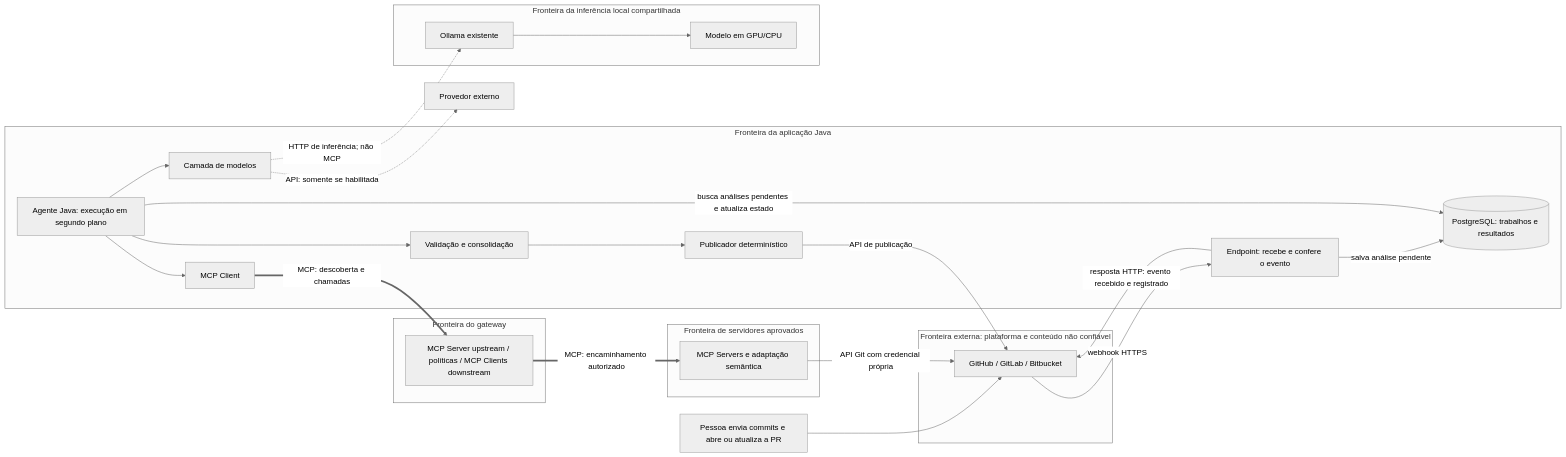
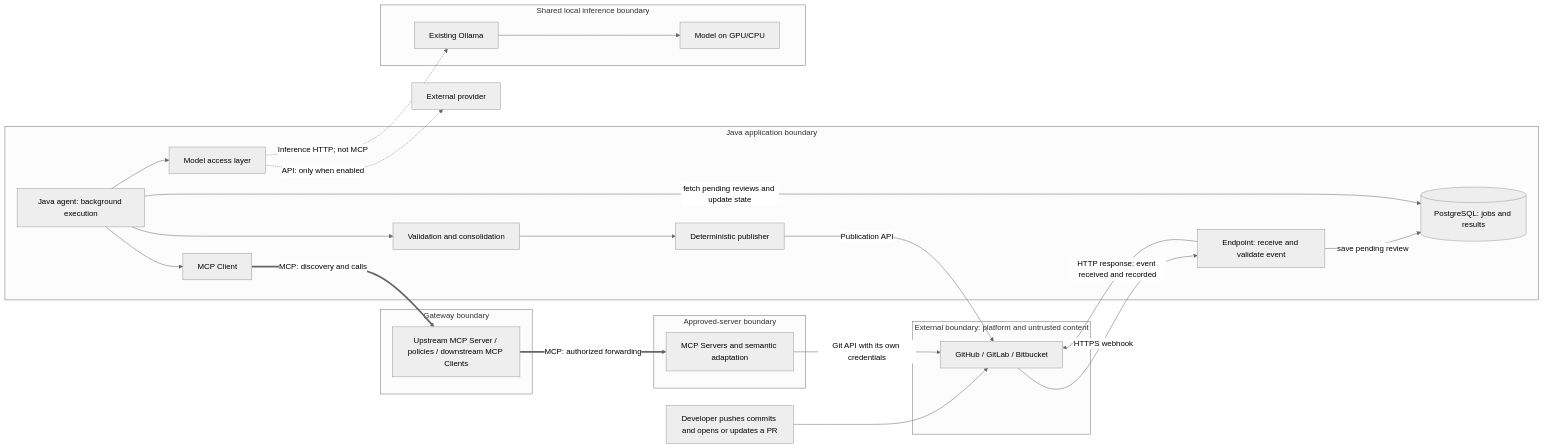
The first of 2 diagrams in docs/architecture.md (cleisommais/mcp-api-gateway), drawn with Mermaid (neutral theme) before and after one commit. The commit also changed other lines of this file and 19 other files, not shown here.

````diff
--- a/docs/architecture.md
+++ b/docs/architecture.md
@@ -42,32 +42,32 @@
 ```mermaid
 flowchart LR
-  Dev["Pessoa envia commits e abre ou atualiza a PR"] --> Git
-  subgraph EXT["Fronteira externa: plataforma e conteúdo não confiável"]
+  Dev["Developer pushes commits and opens or updates a PR"] --> Git
+  subgraph EXT["External boundary: platform and untrusted content"]
     Git["GitHub / GitLab / Bitbucket"]
   end
-  Git -->|"webhook HTTPS"| In
-  subgraph APP["Fronteira da aplicação Java"]
-    In["Endpoint: recebe e confere o evento"] -->|"salva análise pendente"| DB[("PostgreSQL: trabalhos e resultados")]
-    W["Agente Java: execução em segundo plano"] -->|"busca análises pendentes e atualiza estado"| DB
+  Git -->|"HTTPS webhook"| In
+  subgraph APP["Java application boundary"]
+    In["Endpoint: receive and validate event"] -->|"save pending review"| DB[("PostgreSQL: jobs and results")]
+    W["Java agent: background execution"] -->|"fetch pending reviews and update state"| DB
     W --> MC["MCP Client"]
-    W --> Models["Camada de modelos"]
-    W --> V["Validação e consolidação"]
-    V --> Pub["Publicador determinístico"]
+    W --> Models["Model access layer"]
+    W --> V["Validation and consolidation"]
+    V --> Pub["Deterministic publisher"]
   end
-  In -->|"resposta HTTP: evento recebido e registrado"| Git
-  subgraph GOV["Fronteira do gateway"]
-    GW["MCP Server upstream / políticas / MCP Clients downstream"]
+  In -->|"HTTP response: event received and recorded"| Git
+  subgraph GOV["Gateway boundary"]
+    GW["Upstream MCP Server / policies / downstream MCP Clients"]
   end
-  subgraph DOWN["Fronteira de servidores aprovados"]
-    S["MCP Servers e adaptação semântica"]
+  subgraph DOWN["Approved-server boundary"]
+    S["MCP Servers and semantic adaptation"]
   end
-  MC ==>|"MCP: descoberta e chamadas"| GW
-  GW ==>|"MCP: encaminhamento autorizado"| S
-  S -->|"API Git com credencial própria"| Git
-  Pub -->|"API de publicação"| Git
-  subgraph INF["Fronteira da inferência local compartilhada"]
-    O["Ollama existente"] --> M["Modelo em GPU/CPU"]
+  MC ==>|"MCP: discovery and calls"| GW
+  GW ==>|"MCP: authorized forwarding"| S
+  S -->|"Git API with its own credentials"| Git
+  Pub -->|"Publication API"| Git
+  subgraph INF["Shared local inference boundary"]
+    O["Existing Ollama"] --> M["Model on GPU/CPU"]
   end
-  Models -.->|"HTTP de inferência; não MCP"| O
-  Models -.->|"API: somente se habilitada"| Cloud["Provedor externo"]
+  Models -.->|"Inference HTTP; not MCP"| O
+  Models -.->|"API: only when enabled"| Cloud["External provider"]
 ```
````
